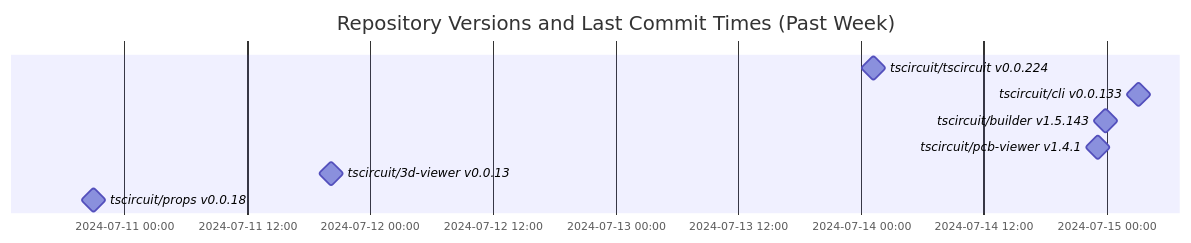
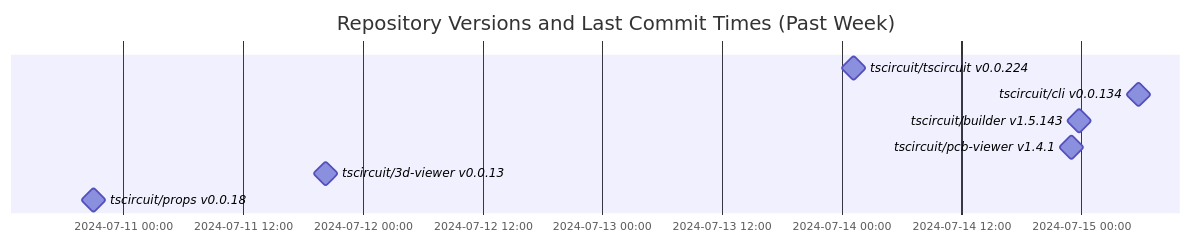
The diagram in README.md (tscircuit/version-tracker), drawn with Mermaid before and after one commit.

Commit message:
Update chart

````diff
--- a/README.md
+++ b/README.md
@@ -1,13 +1,13 @@
 ```mermaid
 gantt
   dateFormat  YYYY-MM-DD HH:mm:ss
   title Repository Versions and Last Commit Times (Past Week)
   axisFormat %Y-%m-%d %H:%M
 
   tscircuit/tscircuit v0.0.224 : milestone, 2024-07-14 01:11:10, 1s
-  tscircuit/cli v0.0.133 : milestone, 2024-07-15 03:06:18, 1s
+  tscircuit/cli v0.0.134 : milestone, 2024-07-15 05:46:30, 1s
   tscircuit/builder v1.5.143 : milestone, 2024-07-14 23:49:38, 1s
   tscircuit/pcb-viewer v1.4.1 : milestone, 2024-07-14 23:05:20, 1s
   tscircuit/3d-viewer v0.0.13 : milestone, 2024-07-11 20:12:35, 1s
   tscircuit/props v0.0.18 : milestone, 2024-07-10 20:59:29, 1s
 ```
````
